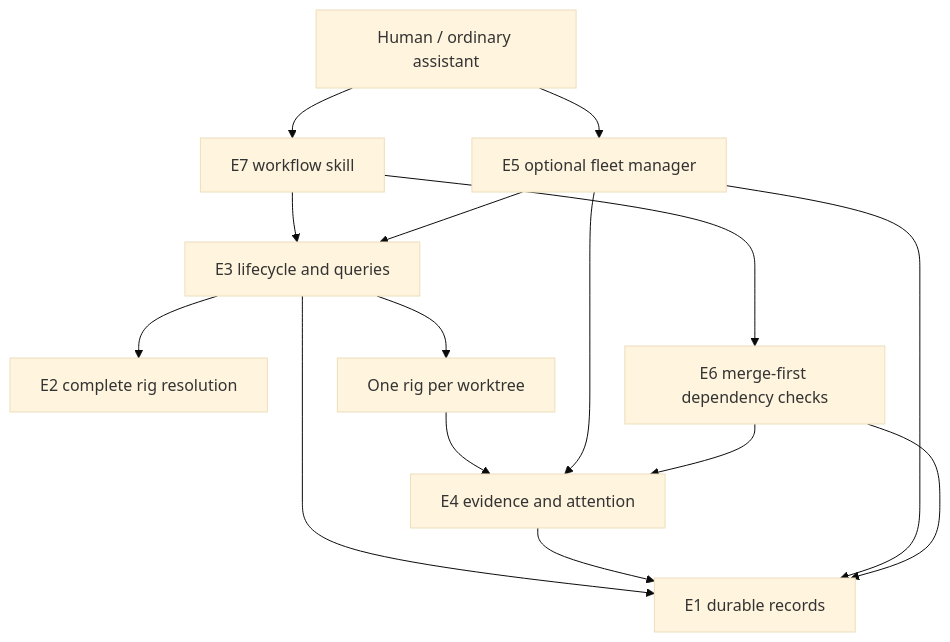
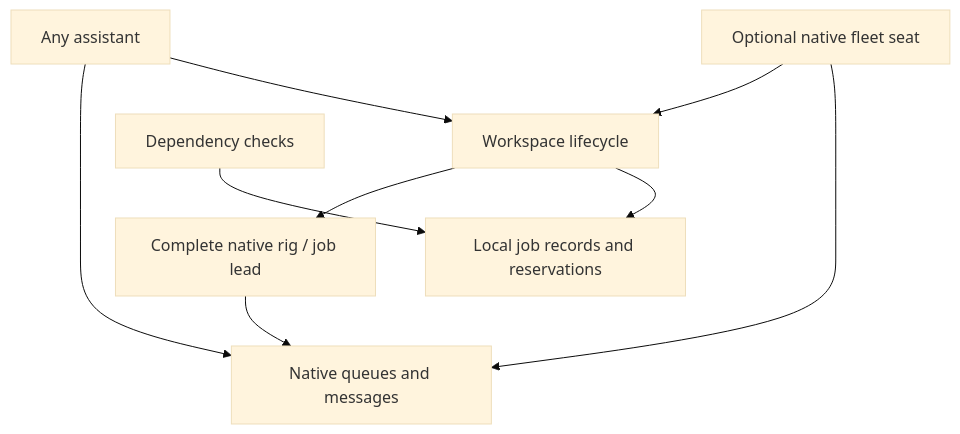
One commit to fhillipgcastillo/openrig-teams changed the diagram in docs/blueprints/2026-10-09-independent-job-rigs.md. Above: the diagram before and after it, drawn with Mermaid (base theme). The commit also changed other lines of this file and 49 other files, not shown here.

First line of the commit message:
feat: add independent job rigs and optional fleet coordination

````diff
--- a/docs/blueprints/2026-10-09-independent-job-rigs.md
+++ b/docs/blueprints/2026-10-09-independent-job-rigs.md
@@ -207,17 +142,11 @@
 ```mermaid
 flowchart TD
-    H[Human / ordinary assistant] --> S[E7 workflow skill]
-    S --> L[E3 lifecycle and queries]
-    L --> R[E2 complete rig resolution]
-    L --> J[One rig per worktree]
-    L --> D[E1 durable records]
-    J --> A[E4 evidence and attention]
-    A --> D
-    H --> F[E5 optional fleet manager]
-    F --> D
-    F --> A
-    F --> L
-    G[E6 merge-first dependency checks] --> D
-    G --> A
-    S --> G
+  A[Any assistant] --> W[Workspace lifecycle]
+  W --> S[Local job records and reservations]
+  W --> R[Complete native rig / job lead]
+  R --> Q[Native queues and messages]
+  F[Optional native fleet seat] --> Q
+  F --> W
+  D[Dependency checks] --> S
+  A --> Q
 ```
````
